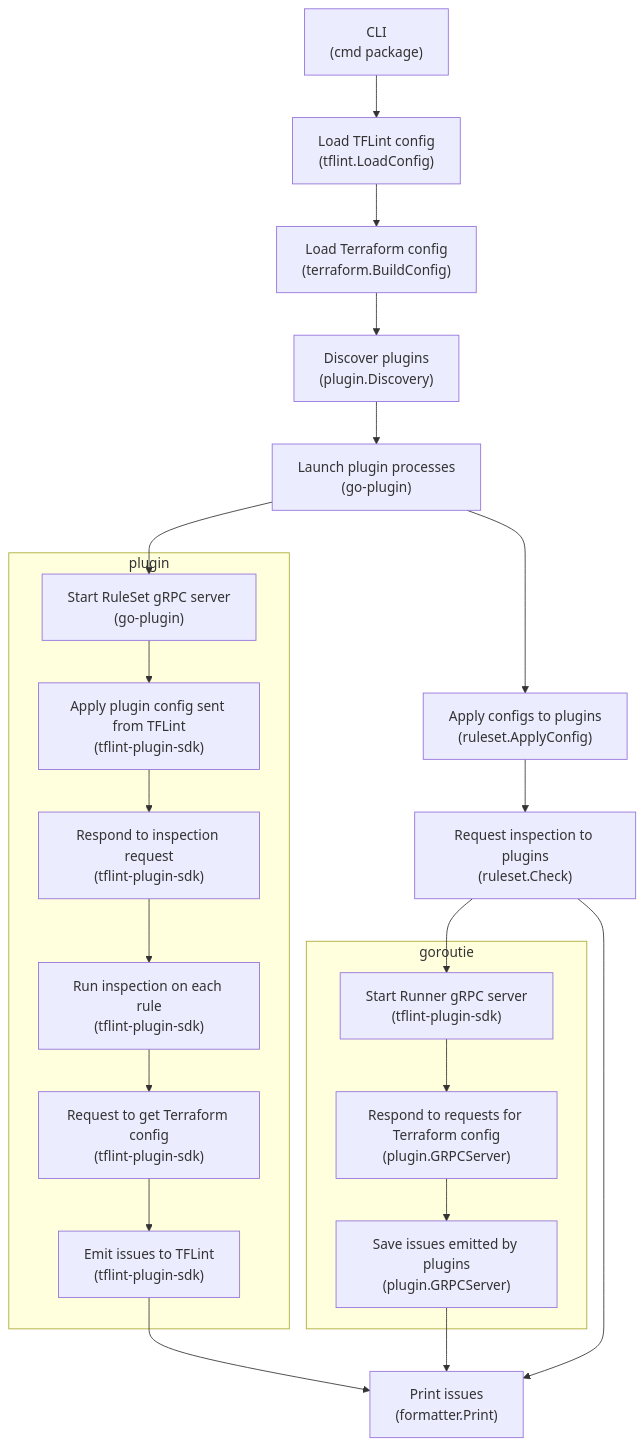
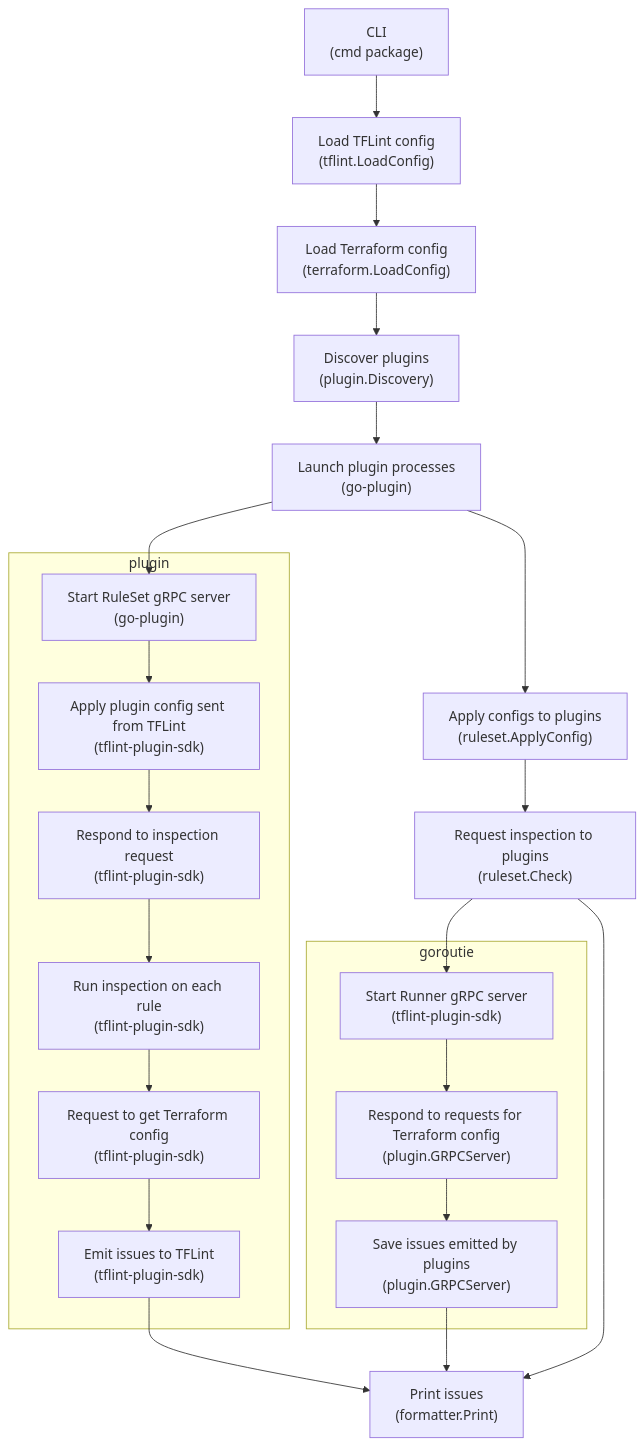
Before and after one commit to terraform-linters/tflint: the first of 3 diagrams in docs/developer-guide/architecture.md, drawn with Mermaid. The commit also changed other lines of this file and 59 other files, not shown here.

````diff
--- a/docs/developer-guide/architecture.md
+++ b/docs/developer-guide/architecture.md
@@ -24,25 +24,25 @@
 ```mermaid
 flowchart TB
   CLI["CLI<br/>(cmd package)"]-->configLoad["Load TFLint config<br/>(tflint.LoadConfig)"]
-  configLoad-->tfLoad["Load Terraform config<br/>(terraform.BuildConfig)"]
+  configLoad-->tfLoad["Load Terraform config<br/>(terraform.LoadConfig)"]
   tfLoad-->discoverPlugin["Discover plugins<br/>(plugin.Discovery)"]
   discoverPlugin-->launchPlugin["Launch plugin processes<br/>(go-plugin)"]
   launchPlugin-->startRulesetServer["Start RuleSet gRPC server<br/>(go-plugin)"]
   launchPlugin-->applyPluginConfig["Apply configs to plugins<br/>(ruleset.ApplyConfig)"]
   applyPluginConfig-->requestCheck["Request inspection to plugins<br/>(ruleset.Check)"]
   requestCheck-->startRunnerServer["Start Runner gRPC server<br/>(tflint-plugin-sdk)"]
   requestCheck-->printIssues["Print issues<br/>(formatter.Print)"]
   subgraph goroutie
     startRunnerServer-->respondTerraformConfig["Respond to requests for Terraform config<br/>(plugin.GRPCServer)"]
     respondTerraformConfig-->saveIssues["Save issues emitted by plugins<br/>(plugin.GRPCServer)"]
   end
   subgraph plugin
     startRulesetServer-->appliedPluginConfig["Apply plugin config sent from TFLint<br/>(tflint-plugin-sdk)"]
     appliedPluginConfig-->respondCheck["Respond to inspection request<br/>(tflint-plugin-sdk)"]
     respondCheck-->runInspection["Run inspection on each rule<br/>(tflint-plugin-sdk)"]
     runInspection-->requestTerraformConfig["Request to get Terraform config<br/>(tflint-plugin-sdk)"]
     requestTerraformConfig-->requestEmitIssue["Emit issues to TFLint<br/>(tflint-plugin-sdk)"]
   end
   requestEmitIssue-->printIssues
   saveIssues-->printIssues
 ```
````
